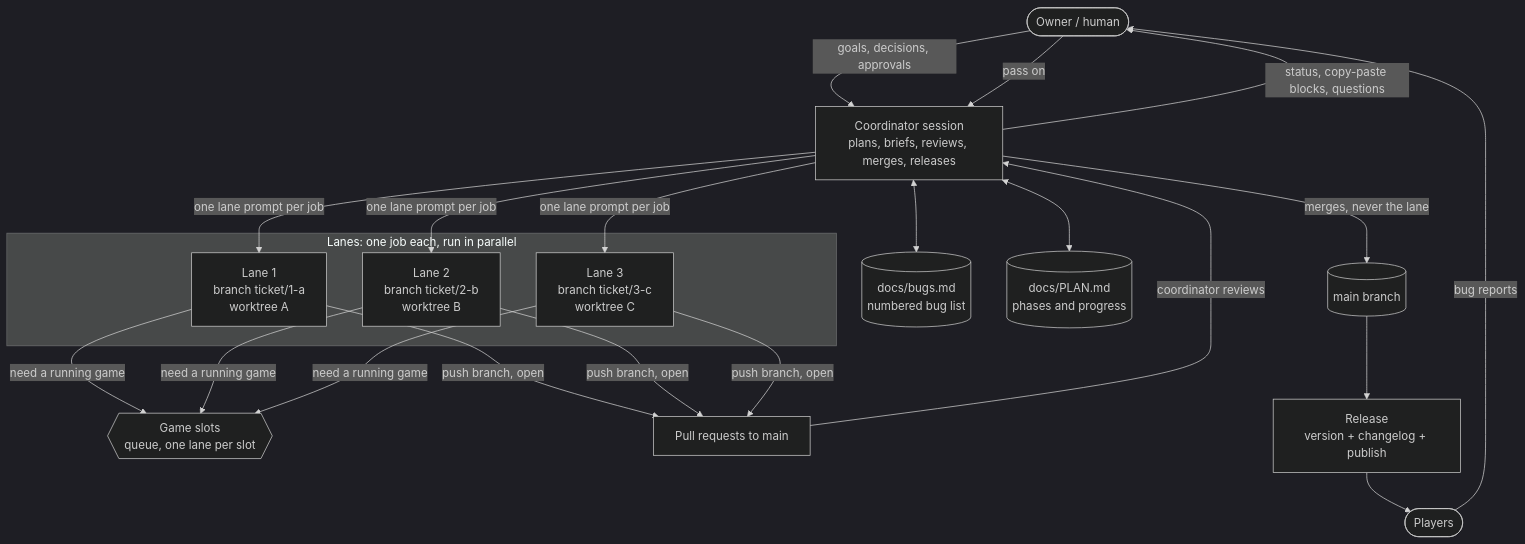
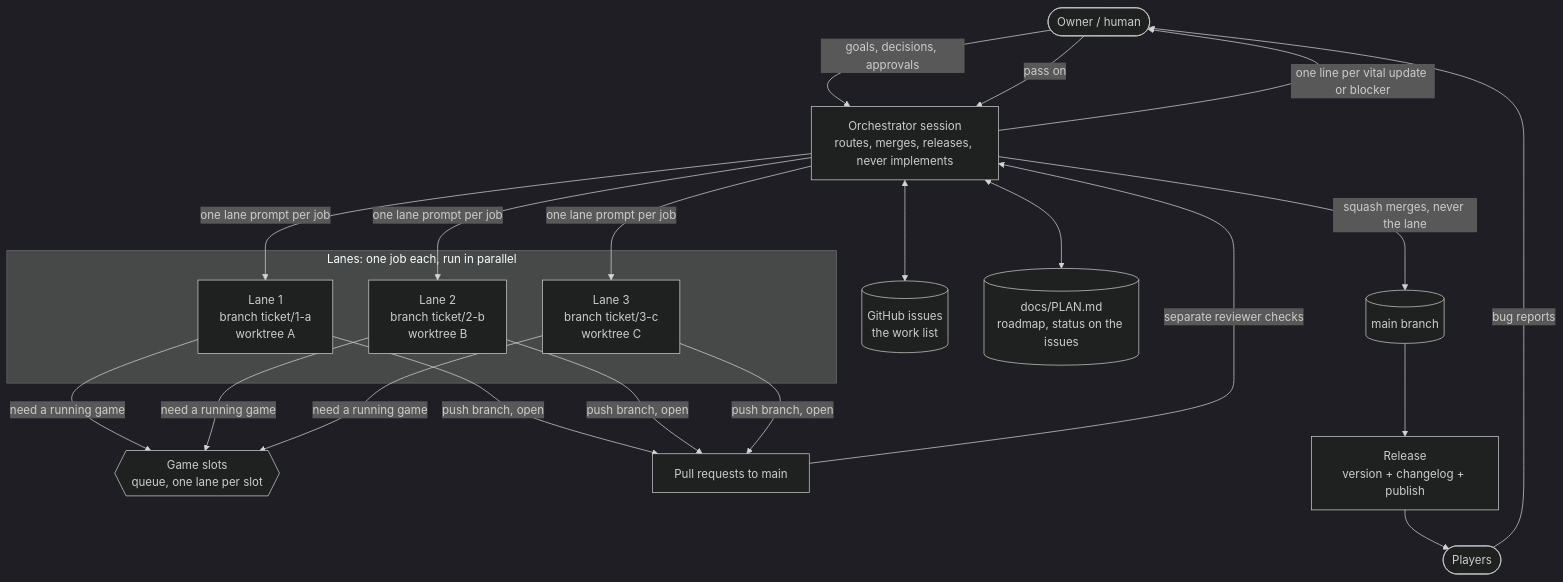
The diagram in docs/ai-workflow.md (synpoox/d2rAI-toolkit), drawn with Mermaid (dark theme) before and after one commit. The commit also changed other lines of this file and 26 other files, not shown here.

First line of the commit message:
Orchestrator method: rename, handoff, drop bug list (lane I) (#251)

````diff
--- a/docs/ai-workflow.md
+++ b/docs/ai-workflow.md
@@ -32,32 +32,32 @@
 ```mermaid
 flowchart TD
     Owner([Owner / human])
-    Coord[Coordinator session<br/>plans, briefs, reviews, merges, releases]
-    Bugs[(docs/bugs.md<br/>numbered bug list)]
-    Plan[(docs/PLAN.md<br/>phases and progress)]
+    Orch[Orchestrator session<br/>routes, merges, releases, never implements]
+    Issues[(GitHub issues<br/>the work list)]
+    Plan[(docs/PLAN.md<br/>roadmap, status on the issues)]
 
     subgraph Lanes [Lanes: one job each, run in parallel]
         L1[Lane 1<br/>branch ticket/1-a<br/>worktree A]
         L2[Lane 2<br/>branch ticket/2-b<br/>worktree B]
         L3[Lane 3<br/>branch ticket/3-c<br/>worktree C]
     end
 
     Slots{{Game slots<br/>queue, one lane per slot}}
     PR[Pull requests to main]
     Main[(main branch)]
     Rel[Release<br/>version + changelog + publish]
     Players([Players])
 
-    Owner -- goals, decisions, approvals --> Coord
-    Coord -- status, copy-paste blocks, questions --> Owner
-    Coord <--> Bugs
-    Coord <--> Plan
-    Coord -- one lane prompt per job --> L1 & L2 & L3
+    Owner -- goals, decisions, approvals --> Orch
+    Orch -- one line per vital update or blocker --> Owner
+    Orch <--> Issues
+    Orch <--> Plan
+    Orch -- one lane prompt per job --> L1 & L2 & L3
     L1 & L2 & L3 -- need a running game --> Slots
     L1 & L2 & L3 -- push branch, open --> PR
-    PR -- coordinator reviews --> Coord
-    Coord -- merges, never the lane --> Main
+    PR -- separate reviewer checks --> Orch
+    Orch -- squash merges, never the lane --> Main
     Main --> Rel --> Players
     Players -- bug reports --> Owner
-    Owner -- pass on --> Coord
+    Owner -- pass on --> Orch
 ```
````
